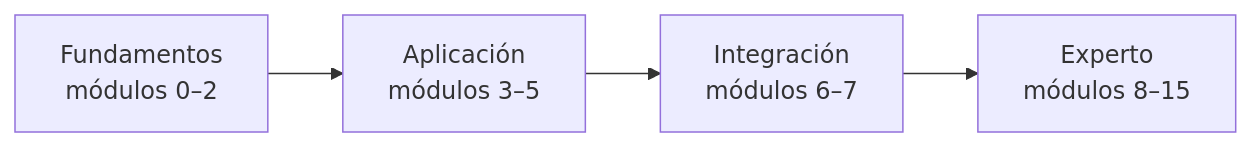
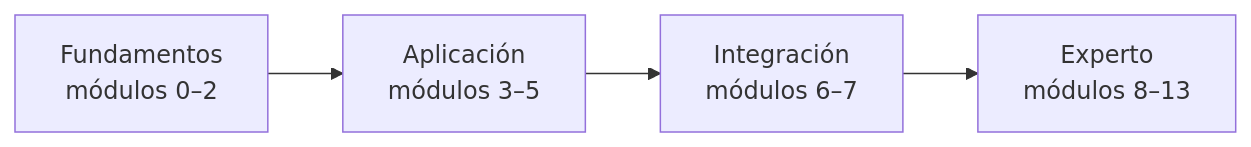
Before and after one commit to NICORUIZ93/The_Imperial_Book: the first of 5 diagrams in web/public/content/node/modulo-0.md, drawn with Mermaid. The commit also changed other lines of this file and 82 other files, not shown here.

````diff
--- a/web/public/content/node/modulo-0.md
+++ b/web/public/content/node/modulo-0.md
@@ -21,10 +21,10 @@
 ```mermaid
 flowchart LR
     E0["Fundamentos<br/>módulos 0–2"]
     E1["Aplicación<br/>módulos 3–5"]
     E2["Integración<br/>módulos 6–7"]
-    E3["Experto<br/>módulos 8–15"]
+    E3["Experto<br/>módulos 8–13"]
     E0 --> E1
     E1 --> E2
     E2 --> E3
 ```
````
